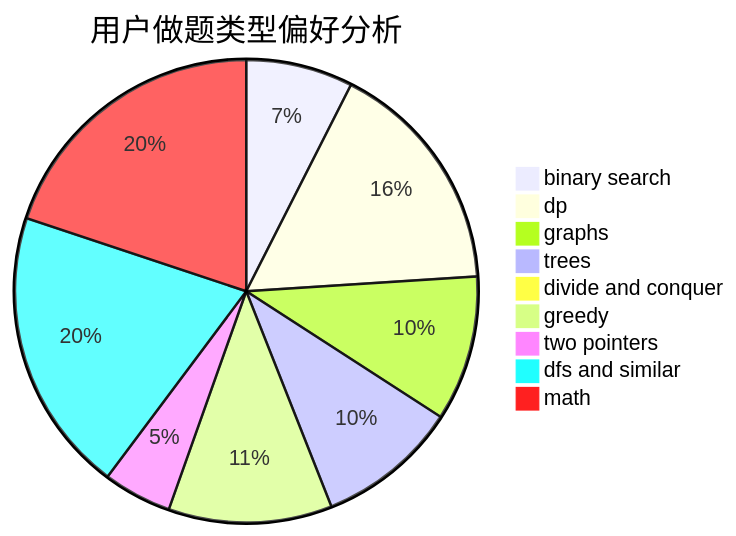
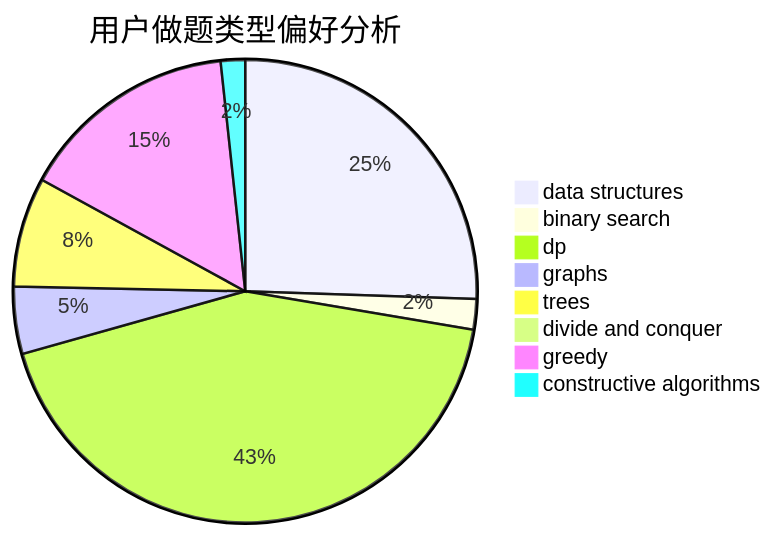
Before and after one commit to sherpahu/cfrs.github.io: the second of 3 diagrams in docs/user/u450.md, drawn with Mermaid. The commit also changed other lines of this file and 2775 other files, not shown here.

````diff
--- a/docs/user/u450.md
+++ b/docs/user/u450.md
@@ -23,12 +23,11 @@
 ```mermaid
 pie title 用户做题类型偏好分析
-    "binary search" :  53
-    "dp" :  117
-    "graphs" :  72
-    "trees" :  70
+    "data structures" :  60
+    "binary search" :  5
+    "dp" :  101
+    "graphs" :  11
+    "trees" :  18
     "divide and conquer" :  1
-    "greedy" :  81
-    "two pointers" :  34
-    "dfs and similar" :  141
-    "math" :  141
+    "greedy" :  36
+    "constructive algorithms" :  4
 ```
````
